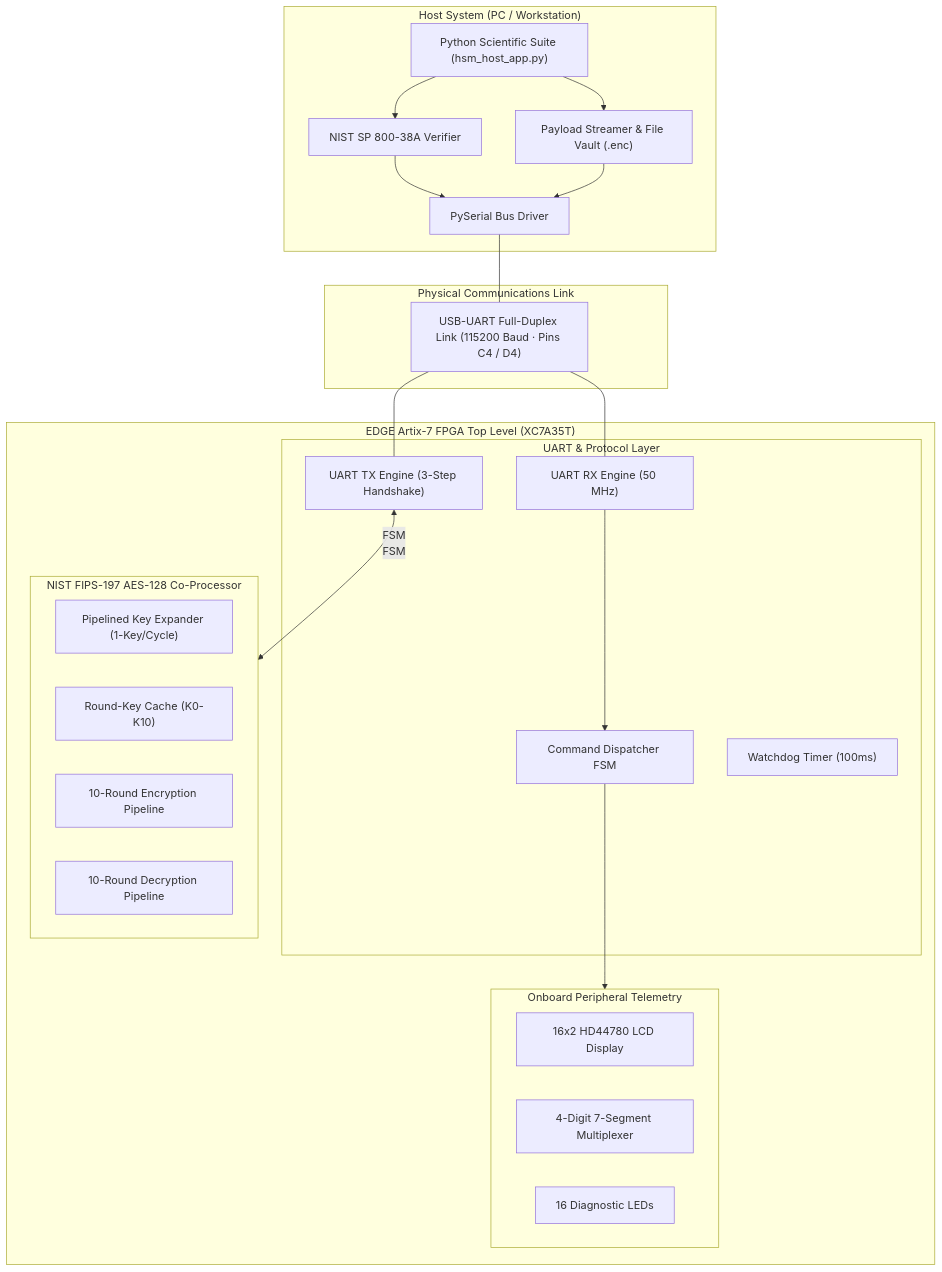
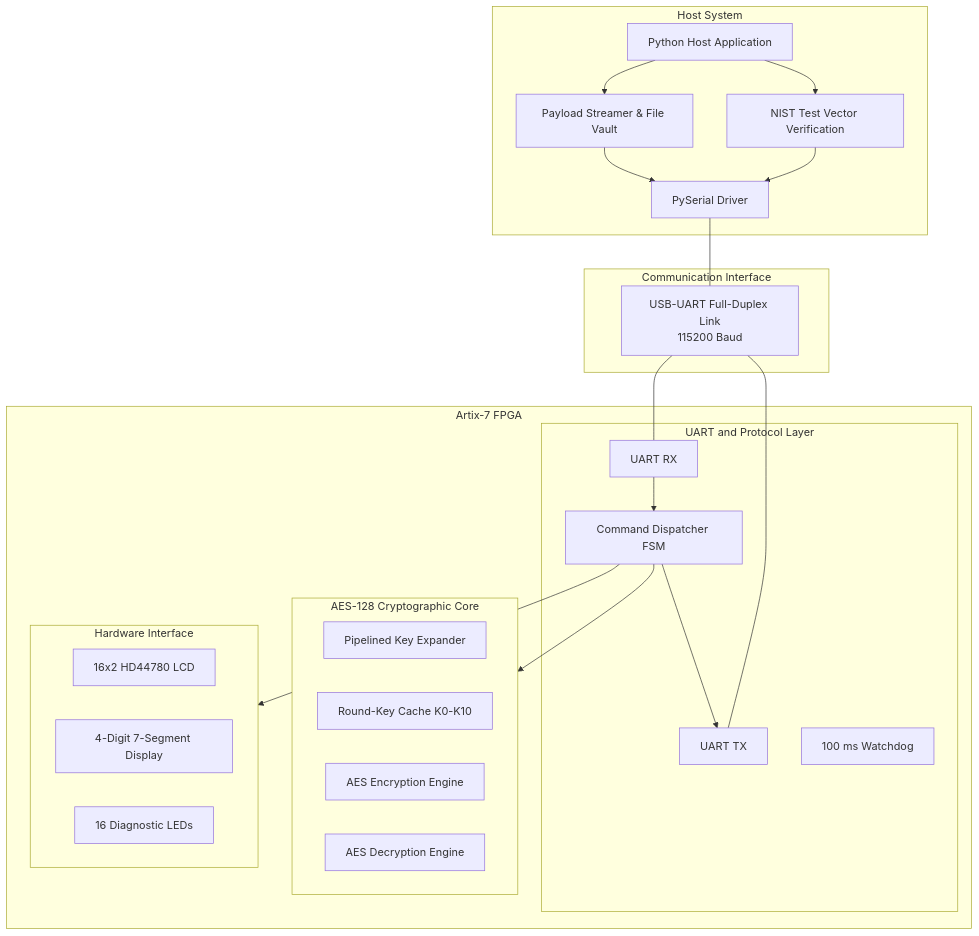
Before and after one commit to nahor-kihtrak/FPGA-Hardware-Security-Module-HSM-with-NIST-AES-128-Accelerator: the diagram in README.md, drawn with Mermaid. The commit also changed other lines of this file, not shown here.

````diff
--- a/README.md
+++ b/README.md
@@ -19,47 +13,48 @@
 ```mermaid
 flowchart TD
-    subgraph Host["Host System (PC / Workstation)"]
-        GUI["Python Scientific Suite (hsm_host_app.py)"]
-        NIST_VEC["NIST SP 800-38A Verifier"]
-        VAULT["Payload Streamer & File Vault (.enc)"]
-        SER["PySerial Bus Driver"]
+    subgraph Host["Host System"]
+        GUI["Python Host Application"]
+        NIST_VEC["NIST Test Vector Verification"]
+        VAULT["Payload Streamer & File Vault"]
+        SER["PySerial Driver"]
+
         GUI --> NIST_VEC
         GUI --> VAULT
         NIST_VEC --> SER
         VAULT --> SER
     end
 
-    subgraph Bus["Physical Communications Link"]
-        UART_BUS["USB-UART Full-Duplex Link (115200 Baud · Pins C4 / D4)"]
+    subgraph Bus["Communication Interface"]
+        UART_BUS["USB-UART Full-Duplex Link<br/>115200 Baud"]
     end
 
-    subgraph FPGA["EDGE Artix-7 FPGA Top Level (XC7A35T)"]
-        subgraph COMMS["UART & Protocol Layer"]
-            RX["UART RX Engine (50 MHz)"]
-            TX["UART TX Engine (3-Step Handshake)"]
+    subgraph FPGA["Artix-7 FPGA"]
+        subgraph COMMS["UART and Protocol Layer"]
+            RX["UART RX"]
+            TX["UART TX"]
             FSM["Command Dispatcher FSM"]
-            WD["Watchdog Timer (100ms)"]
+            WD["100 ms Watchdog"]
         end
 
-        subgraph CRYPTO["NIST FIPS-197 AES-128 Co-Processor"]
-            KEY_EXP["Pipelined Key Expander (1-Key/Cycle)"]
-            KEY_CACHE["Round-Key Cache (K0-K10)"]
-            ENC_PIPE["10-Round Encryption Pipeline"]
-            DEC_PIPE["10-Round Decryption Pipeline"]
+        subgraph CRYPTO["AES-128 Cryptographic Core"]
+            KEY_EXP["Pipelined Key Expander"]
+            KEY_CACHE["Round-Key Cache K0-K10"]
+            ENC_PIPE["AES Encryption Engine"]
+            DEC_PIPE["AES Decryption Engine"]
         end
 
-        subgraph UI["Onboard Peripheral Telemetry"]
-            LCD_CTRL["16x2 HD44780 LCD Display"]
-            SEG_CTRL["4-Digit 7-Segment Multiplexer"]
+        subgraph UI["Hardware Interface"]
+            LCD_CTRL["16x2 HD44780 LCD"]
+            SEG_CTRL["4-Digit 7-Segment Display"]
             LEDS["16 Diagnostic LEDs"]
         end
     end
 
     SER --- UART_BUS
     UART_BUS --- RX
     UART_BUS --- TX
     RX --> FSM
-    TX <-- FSM
+    FSM --> TX
     FSM --> CRYPTO
     FSM --> UI
 ```
````
